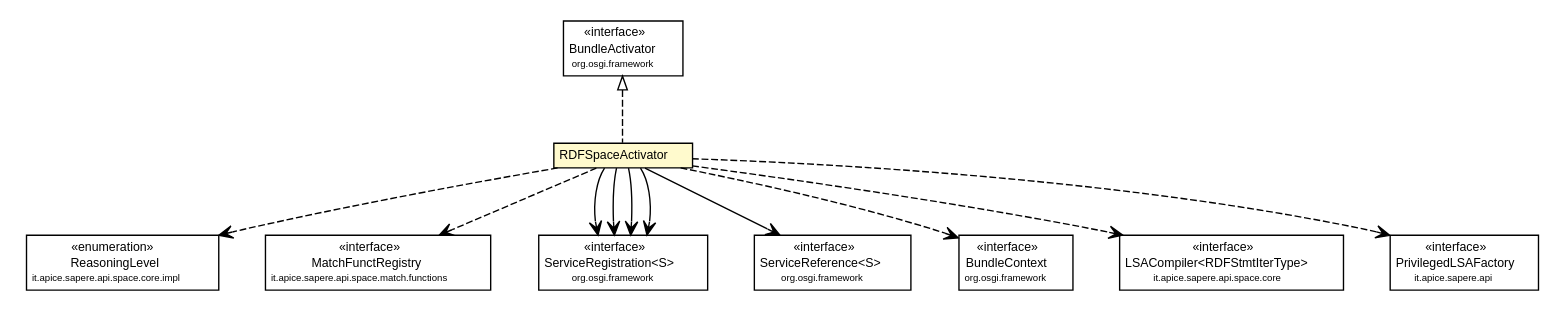
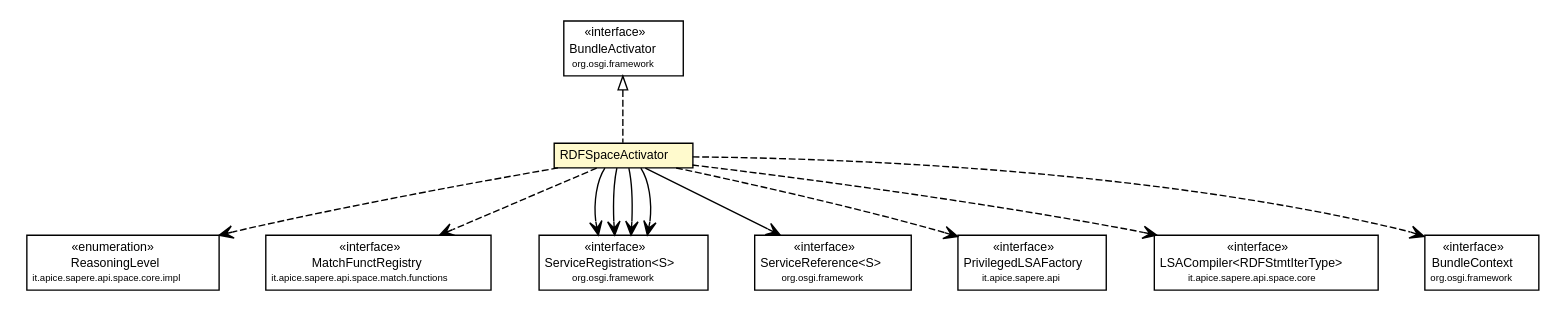
The diagram in deployed-site/semanticwebsapere-rdfspace/apidocs/it/apice/sapere/space/internal/RDFSpaceActivator.dot (DanySK/Legacy-Contessi-Thesis-Semantic-Web-SAPERE), drawn with Graphviz before and after one commit. The commit also changed 2758 other files, not shown here.

```diff
--- a/deployed-site/semanticwebsapere-rdfspace/apidocs/it/apice/sapere/space/internal/RDFSpaceActivator.dot
+++ b/deployed-site/semanticwebsapere-rdfspace/apidocs/it/apice/sapere/space/internal/RDFSpaceActivator.dot
@@ -1,102 +1,102 @@
 #!/usr/local/bin/dot
 #
 # Class diagram 
 # Generated by UmlGraph version 4.4 (http://www.spinellis.gr/sw/umlgraph)
 #
 
 digraph G {
 	edge [fontname="Helvetica",fontsize=10,labelfontname="Helvetica",labelfontsize=10];
 	node [fontname="Helvetica",fontsize=10,shape=plaintext];
 	// it.apice.sapere.api.space.core.impl.ReasoningLevel
-	c688 [label=<<table border="0" cellborder="1" cellspacing="0" cellpadding="2" port="p" href="../../api/space/core/impl/ReasoningLevel.html">
+	c694 [label=<<table border="0" cellborder="1" cellspacing="0" cellpadding="2" port="p" href="../../api/space/core/impl/ReasoningLevel.html">
 		<tr><td><table border="0" cellspacing="0" cellpadding="1">
 			<tr><td> &laquo;enumeration&raquo; </td></tr>
 			<tr><td> ReasoningLevel </td></tr>
 			<tr><td><font point-size="7.0"> it.apice.sapere.api.space.core.impl </font></td></tr>
 		</table></td></tr>
 		</table>>, fontname="Helvetica", fontcolor="black", fontsize=9.0];
 	// it.apice.sapere.api.space.match.functions.MatchFunctRegistry
-	c696 [label=<<table border="0" cellborder="1" cellspacing="0" cellpadding="2" port="p" href="../../api/space/match/functions/MatchFunctRegistry.html">
+	c702 [label=<<table border="0" cellborder="1" cellspacing="0" cellpadding="2" port="p" href="../../api/space/match/functions/MatchFunctRegistry.html">
 		<tr><td><table border="0" cellspacing="0" cellpadding="1">
 			<tr><td> &laquo;interface&raquo; </td></tr>
 			<tr><td> MatchFunctRegistry </td></tr>
 			<tr><td><font point-size="7.0"> it.apice.sapere.api.space.match.functions </font></td></tr>
 		</table></td></tr>
 		</table>>, fontname="Helvetica", fontcolor="black", fontsize=9.0];
 	// it.apice.sapere.space.internal.RDFSpaceActivator
-	c704 [label=<<table border="0" cellborder="1" cellspacing="0" cellpadding="2" port="p" bgcolor="lemonChiffon" href="./RDFSpaceActivator.html">
+	c710 [label=<<table border="0" cellborder="1" cellspacing="0" cellpadding="2" port="p" bgcolor="lemonChiffon" href="./RDFSpaceActivator.html">
 		<tr><td><table border="0" cellspacing="0" cellpadding="1">
 			<tr><td> RDFSpaceActivator </td></tr>
 		</table></td></tr>
 		</table>>, fontname="Helvetica", fontcolor="black", fontsize=9.0];
 	//it.apice.sapere.space.internal.RDFSpaceActivator implements org.osgi.framework.BundleActivator
-	c707:p -> c704:p [dir=back,arrowtail=empty,style=dashed];
+	c713:p -> c710:p [dir=back,arrowtail=empty,style=dashed];
 	// it.apice.sapere.space.internal.RDFSpaceActivator NAVASSOC org.osgi.framework.ServiceRegistration<S>
-	c704:p -> c708:p [taillabel="", label="", headlabel="", fontname="Helvetica", fontcolor="black", fontsize=10.0, color="black", arrowhead=open];
+	c710:p -> c714:p [taillabel="", label="", headlabel="", fontname="Helvetica", fontcolor="black", fontsize=10.0, color="black", arrowhead=open];
 	// it.apice.sapere.space.internal.RDFSpaceActivator NAVASSOC org.osgi.framework.ServiceRegistration<S>
-	c704:p -> c708:p [taillabel="", label="", headlabel="", fontname="Helvetica", fontcolor="black", fontsize=10.0, color="black", arrowhead=open];
+	c710:p -> c714:p [taillabel="", label="", headlabel="", fontname="Helvetica", fontcolor="black", fontsize=10.0, color="black", arrowhead=open];
 	// it.apice.sapere.space.internal.RDFSpaceActivator NAVASSOC org.osgi.framework.ServiceRegistration<S>
-	c704:p -> c708:p [taillabel="", label="", headlabel="", fontname="Helvetica", fontcolor="black", fontsize=10.0, color="black", arrowhead=open];
+	c710:p -> c714:p [taillabel="", label="", headlabel="", fontname="Helvetica", fontcolor="black", fontsize=10.0, color="black", arrowhead=open];
 	// it.apice.sapere.space.internal.RDFSpaceActivator NAVASSOC org.osgi.framework.ServiceRegistration<S>
-	c704:p -> c708:p [taillabel="", label="", headlabel="", fontname="Helvetica", fontcolor="black", fontsize=10.0, color="black", arrowhead=open];
+	c710:p -> c714:p [taillabel="", label="", headlabel="", fontname="Helvetica", fontcolor="black", fontsize=10.0, color="black", arrowhead=open];
 	// it.apice.sapere.space.internal.RDFSpaceActivator NAVASSOC org.osgi.framework.ServiceReference<S>
-	c704:p -> c709:p [taillabel="", label="", headlabel="", fontname="Helvetica", fontcolor="black", fontsize=10.0, color="black", arrowhead=open];
+	c710:p -> c715:p [taillabel="", label="", headlabel="", fontname="Helvetica", fontcolor="black", fontsize=10.0, color="black", arrowhead=open];
+	// it.apice.sapere.space.internal.RDFSpaceActivator DEPEND it.apice.sapere.api.PrivilegedLSAFactory
+	c710:p -> c716:p [taillabel="", label="", headlabel="", fontname="Helvetica", fontcolor="black", fontsize=10.0, color="black", arrowhead=open, style=dashed];
+	// it.apice.sapere.space.internal.RDFSpaceActivator DEPEND it.apice.sapere.api.space.core.LSACompiler<RDFStmtIterType>
+	c710:p -> c717:p [taillabel="", label="", headlabel="", fontname="Helvetica", fontcolor="black", fontsize=10.0, color="black", arrowhead=open, style=dashed];
+	// it.apice.sapere.space.internal.RDFSpaceActivator DEPEND it.apice.sapere.api.space.match.functions.MatchFunctRegistry
+	c710:p -> c702:p [taillabel="", label="", headlabel="", fontname="Helvetica", fontcolor="black", fontsize=10.0, color="black", arrowhead=open, style=dashed];
 	// it.apice.sapere.space.internal.RDFSpaceActivator DEPEND org.osgi.framework.BundleContext
-	c704:p -> c710:p [taillabel="", label="", headlabel="", fontname="Helvetica", fontcolor="black", fontsize=10.0, color="black", arrowhead=open, style=dashed];
+	c710:p -> c718:p [taillabel="", label="", headlabel="", fontname="Helvetica", fontcolor="black", fontsize=10.0, color="black", arrowhead=open, style=dashed];
 	// it.apice.sapere.space.internal.RDFSpaceActivator DEPEND it.apice.sapere.api.space.core.impl.ReasoningLevel
-	c704:p -> c688:p [taillabel="", label="", headlabel="", fontname="Helvetica", fontcolor="black", fontsize=10.0, color="black", arrowhead=open, style=dashed];
-	// it.apice.sapere.space.internal.RDFSpaceActivator DEPEND it.apice.sapere.api.space.core.LSACompiler<RDFStmtIterType>
-	c704:p -> c711:p [taillabel="", label="", headlabel="", fontname="Helvetica", fontcolor="black", fontsize=10.0, color="black", arrowhead=open, style=dashed];
-	// it.apice.sapere.space.internal.RDFSpaceActivator DEPEND it.apice.sapere.api.space.match.functions.MatchFunctRegistry
-	c704:p -> c696:p [taillabel="", label="", headlabel="", fontname="Helvetica", fontcolor="black", fontsize=10.0, color="black", arrowhead=open, style=dashed];
-	// it.apice.sapere.space.internal.RDFSpaceActivator DEPEND it.apice.sapere.api.PrivilegedLSAFactory
-	c704:p -> c712:p [taillabel="", label="", headlabel="", fontname="Helvetica", fontcolor="black", fontsize=10.0, color="black", arrowhead=open, style=dashed];
+	c710:p -> c694:p [taillabel="", label="", headlabel="", fontname="Helvetica", fontcolor="black", fontsize=10.0, color="black", arrowhead=open, style=dashed];
 	// org.osgi.framework.ServiceReference<S>
-	c709 [label=<<table border="0" cellborder="1" cellspacing="0" cellpadding="2" port="p" href="http://java.sun.com/j2se/1.4.2/docs/api/org/osgi/framework/ServiceReference.html">
+	c715 [label=<<table border="0" cellborder="1" cellspacing="0" cellpadding="2" port="p" href="http://java.sun.com/j2se/1.4.2/docs/api/org/osgi/framework/ServiceReference.html">
 		<tr><td><table border="0" cellspacing="0" cellpadding="1">
 			<tr><td> &laquo;interface&raquo; </td></tr>
 			<tr><td> ServiceReference&lt;S&gt; </td></tr>
 			<tr><td><font point-size="7.0"> org.osgi.framework </font></td></tr>
 		</table></td></tr>
 		</table>>, fontname="Helvetica", fontcolor="black", fontsize=9.0];
 	// it.apice.sapere.api.PrivilegedLSAFactory
-	c712 [label=<<table border="0" cellborder="1" cellspacing="0" cellpadding="2" port="p" href="http://java.sun.com/j2se/1.4.2/docs/api/it/apice/sapere/api/PrivilegedLSAFactory.html">
+	c716 [label=<<table border="0" cellborder="1" cellspacing="0" cellpadding="2" port="p" href="http://java.sun.com/j2se/1.4.2/docs/api/it/apice/sapere/api/PrivilegedLSAFactory.html">
 		<tr><td><table border="0" cellspacing="0" cellpadding="1">
 			<tr><td> &laquo;interface&raquo; </td></tr>
 			<tr><td> PrivilegedLSAFactory </td></tr>
 			<tr><td><font point-size="7.0"> it.apice.sapere.api </font></td></tr>
 		</table></td></tr>
 		</table>>, fontname="Helvetica", fontcolor="black", fontsize=9.0];
 	// org.osgi.framework.ServiceRegistration<S>
-	c708 [label=<<table border="0" cellborder="1" cellspacing="0" cellpadding="2" port="p" href="http://java.sun.com/j2se/1.4.2/docs/api/org/osgi/framework/ServiceRegistration.html">
+	c714 [label=<<table border="0" cellborder="1" cellspacing="0" cellpadding="2" port="p" href="http://java.sun.com/j2se/1.4.2/docs/api/org/osgi/framework/ServiceRegistration.html">
 		<tr><td><table border="0" cellspacing="0" cellpadding="1">
 			<tr><td> &laquo;interface&raquo; </td></tr>
 			<tr><td> ServiceRegistration&lt;S&gt; </td></tr>
 			<tr><td><font point-size="7.0"> org.osgi.framework </font></td></tr>
 		</table></td></tr>
 		</table>>, fontname="Helvetica", fontcolor="black", fontsize=9.0];
 	// org.osgi.framework.BundleContext
-	c710 [label=<<table border="0" cellborder="1" cellspacing="0" cellpadding="2" port="p" href="http://java.sun.com/j2se/1.4.2/docs/api/org/osgi/framework/BundleContext.html">
+	c718 [label=<<table border="0" cellborder="1" cellspacing="0" cellpadding="2" port="p" href="http://java.sun.com/j2se/1.4.2/docs/api/org/osgi/framework/BundleContext.html">
 		<tr><td><table border="0" cellspacing="0" cellpadding="1">
 			<tr><td> &laquo;interface&raquo; </td></tr>
 			<tr><td> BundleContext </td></tr>
 			<tr><td><font point-size="7.0"> org.osgi.framework </font></td></tr>
 		</table></td></tr>
 		</table>>, fontname="Helvetica", fontcolor="black", fontsize=9.0];
 	// org.osgi.framework.BundleActivator
-	c707 [label=<<table border="0" cellborder="1" cellspacing="0" cellpadding="2" port="p" href="http://java.sun.com/j2se/1.4.2/docs/api/org/osgi/framework/BundleActivator.html">
+	c713 [label=<<table border="0" cellborder="1" cellspacing="0" cellpadding="2" port="p" href="http://java.sun.com/j2se/1.4.2/docs/api/org/osgi/framework/BundleActivator.html">
 		<tr><td><table border="0" cellspacing="0" cellpadding="1">
 			<tr><td> &laquo;interface&raquo; </td></tr>
 			<tr><td> BundleActivator </td></tr>
 			<tr><td><font point-size="7.0"> org.osgi.framework </font></td></tr>
 		</table></td></tr>
 		</table>>, fontname="Helvetica", fontcolor="black", fontsize=9.0];
 	// it.apice.sapere.api.space.core.LSACompiler<RDFStmtIterType>
-	c711 [label=<<table border="0" cellborder="1" cellspacing="0" cellpadding="2" port="p" href="http://java.sun.com/j2se/1.4.2/docs/api/it/apice/sapere/api/space/core/LSACompiler.html">
+	c717 [label=<<table border="0" cellborder="1" cellspacing="0" cellpadding="2" port="p" href="http://java.sun.com/j2se/1.4.2/docs/api/it/apice/sapere/api/space/core/LSACompiler.html">
 		<tr><td><table border="0" cellspacing="0" cellpadding="1">
 			<tr><td> &laquo;interface&raquo; </td></tr>
 			<tr><td> LSACompiler&lt;RDFStmtIterType&gt; </td></tr>
 			<tr><td><font point-size="7.0"> it.apice.sapere.api.space.core </font></td></tr>
 		</table></td></tr>
 		</table>>, fontname="Helvetica", fontcolor="black", fontsize=9.0];
 }
```
